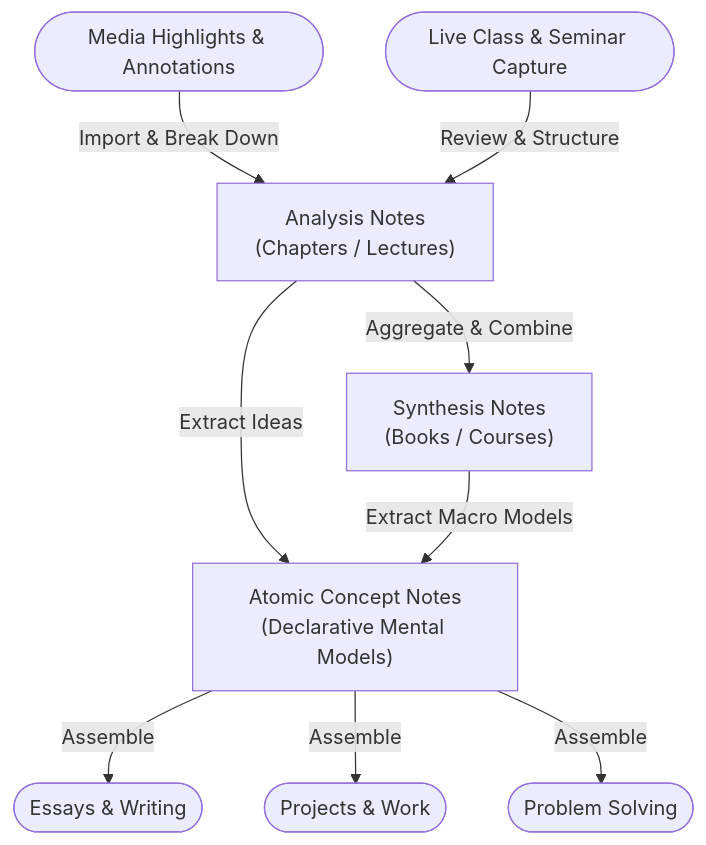
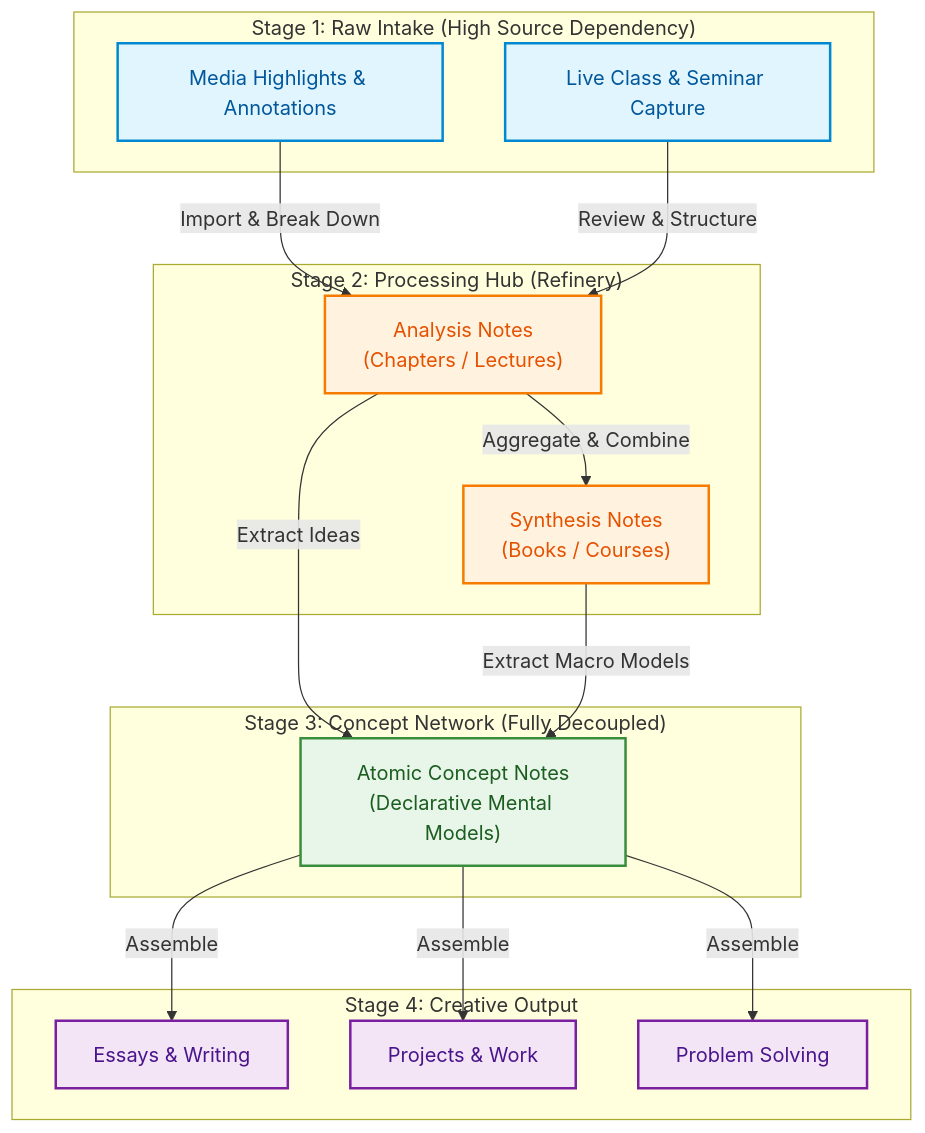
The diagram in blog/my-personal-knowledge-management-pkm-workflow/index.md (matt2ology/tech-journal-and-blog), drawn with Mermaid before and after one commit.

Commit message:
feat: enhance workflow diagram with subgraphs for clearer stage representation

````diff
--- a/blog/my-personal-knowledge-management-pkm-workflow/index.md
+++ b/blog/my-personal-knowledge-management-pkm-workflow/index.md
@@ -16,21 +16,42 @@
 ```mermaid
 flowchart TD
-    A1([Media Highlights & Annotations])
-    A2([Live Class & Seminar Capture])
-    B1["Analysis Notes\n(Chapters / Lectures)"]
-    B2["Synthesis Notes\n(Books / Courses)"]
-    C["Atomic Concept Notes\n(Declarative Mental Models)"]
-    D1([Essays & Writing])
-    D2([Projects & Work])
-    D3([Problem Solving])
+    classDef stage1 fill:#e1f5fe,stroke:#0288d1,stroke-width:2px,color:#01579b;
+    classDef stage2 fill:#fff3e0,stroke:#f57c00,stroke-width:2px,color:#e65100;
+    classDef stage3 fill:#e8f5e9,stroke:#388e3c,stroke-width:2px,color:#1b5e20;
+    classDef stage4 fill:#f3e5f5,stroke:#7b1fa2,stroke-width:2px,color:#4a148c;
+
+    subgraph S1 ["Stage 1: Raw Intake (High Source Dependency)"]
+        A1[Media Highlights & Annotations]
+        A2[Live Class & Seminar Capture]
+    end
+
+    subgraph S2 ["Stage 2: Processing Hub (Refinery)"]
+        B1["Analysis Notes\n(Chapters / Lectures)"]
+        B2["Synthesis Notes\n(Books / Courses)"]
+    end
+
+    subgraph S3 ["Stage 3: Concept Network (Fully Decoupled)"]
+        C["Atomic Concept Notes\n(Declarative Mental Models)"]
+    end
+
+    subgraph S4 ["Stage 4: Creative Output"]
+        D1[Essays & Writing]
+        D2[Projects & Work]
+        D3[Problem Solving]
+    end
 
     A1 -->|Import & Break Down| B1
     A2 -->|Review & Structure| B1
     B1 -->|Aggregate & Combine| B2
     B1 -->|Extract Ideas| C
     B2 -->|Extract Macro Models| C
 
     C -->|Assemble| D1
     C -->|Assemble| D2
     C -->|Assemble| D3
+
+    class A1,A2 stage1;
+    class B1,B2 stage2;
+    class C stage3;
+    class D1,D2,D3 stage4;
 ```
````
